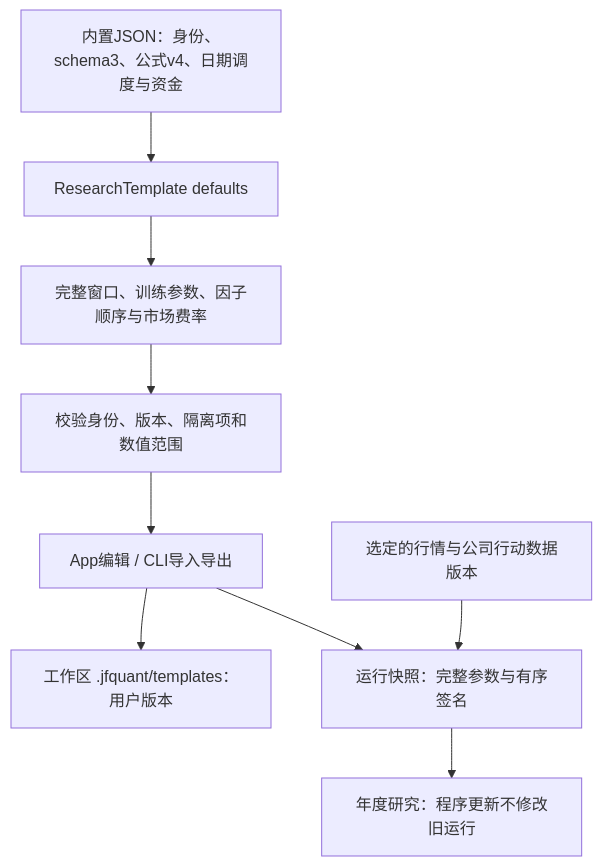
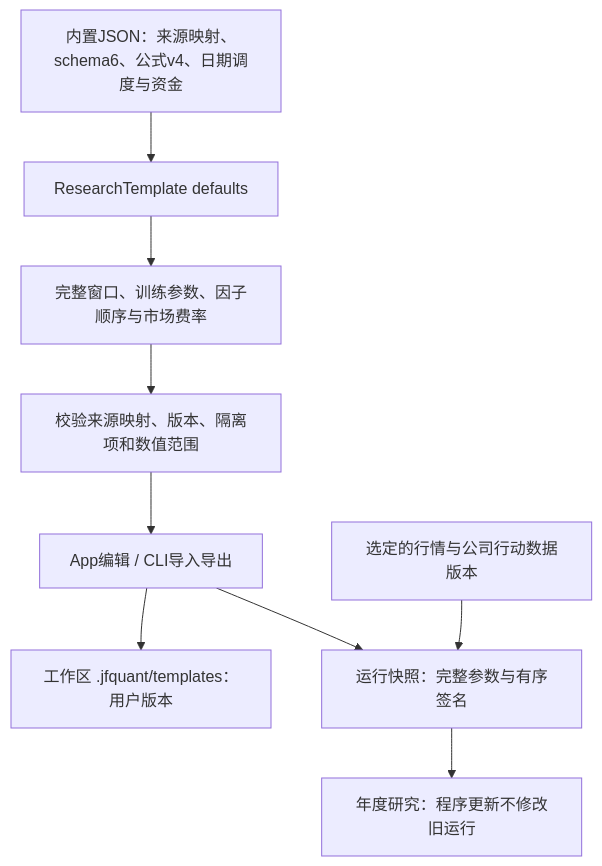
One commit to Dennishaha/JFQuant changed the first of 4 diagrams in crates/workflow/templates/README.md. Above: the diagram before and after it, drawn with Mermaid. The commit also changed other lines of this file and 71 other files, not shown here.

````diff
--- a/crates/workflow/templates/README.md
+++ b/crates/workflow/templates/README.md
@@ -11,11 +11,11 @@
 ```mermaid
 flowchart TD
-  FILE["内置JSON：身份、schema3、公式v4、日期调度与资金"] --> DEFAULT["ResearchTemplate defaults"]
+  FILE["内置JSON：来源映射、schema6、公式v4、日期调度与资金"] --> DEFAULT["ResearchTemplate defaults"]
   DEFAULT --> FULL["完整窗口、训练参数、因子顺序与市场费率"]
-  FULL --> VALIDATE["校验身份、版本、隔离项和数值范围"]
+  FULL --> VALIDATE["校验来源映射、版本、隔离项和数值范围"]
   VALIDATE --> USER["App编辑 / CLI导入导出"]
   USER --> SAVE["工作区 .jfquant/templates：用户版本"]
   USER --> FREEZE["运行快照：完整参数与有序签名"]
   DATA["选定的行情与公司行动数据版本"] --> FREEZE
   FREEZE --> RUN["年度研究：程序更新不修改旧运行"]
 ```
````
